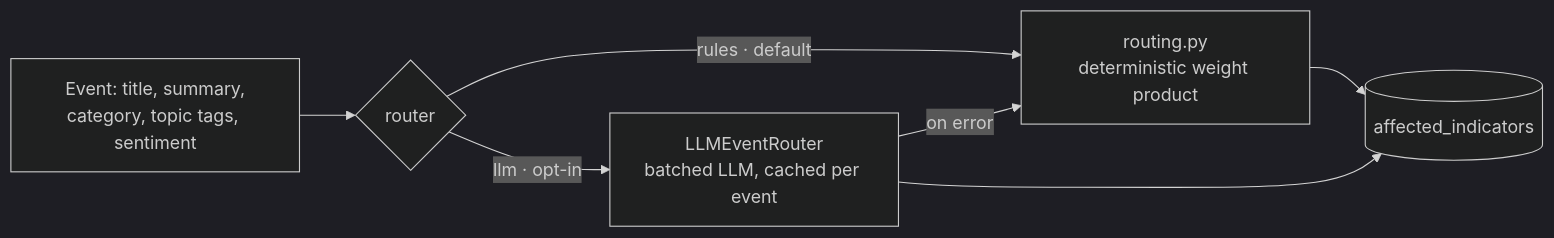
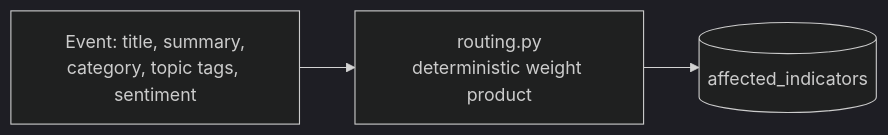
Before and after one commit to jameelhamdan/event-horizon: the second of 3 diagrams in docs/forecasting.md, drawn with Mermaid (dark theme). The commit also changed other lines of this file and 54 other files, not shown here.

````diff
--- a/docs/forecasting.md
+++ b/docs/forecasting.md
@@ -76,9 +72,5 @@
 ```mermaid
 flowchart LR
-    EV[Event: title, summary,<br/>category, topic tags, sentiment] --> R{router}
-    R -->|rules · default| RU[routing.py<br/>deterministic weight product]
-    R -->|llm · opt-in| LLM[LLMEventRouter<br/>batched LLM, cached per event]
-    LLM -->|on error| RU
-    LLM --> AI[(affected_indicators)]
-    RU --> AI
+    EV[Event: title, summary,<br/>category, topic tags, sentiment] --> RU[routing.py<br/>deterministic weight product]
+    RU --> AI[(affected_indicators)]
 ```
````
